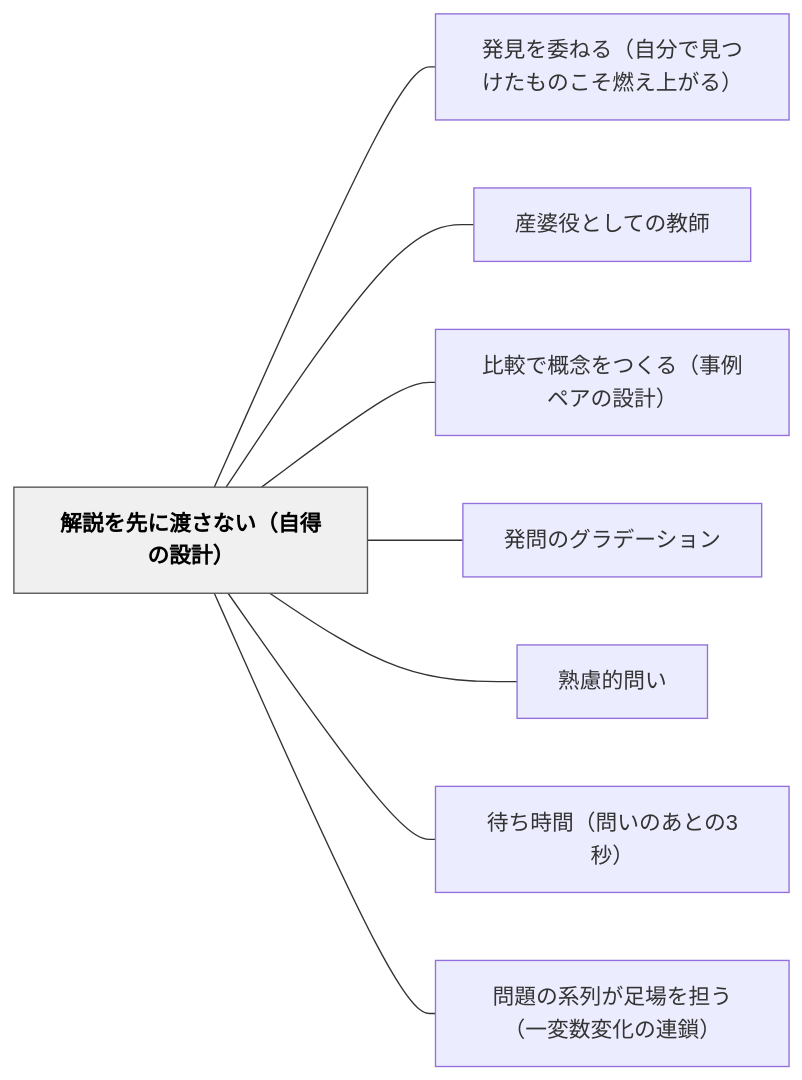
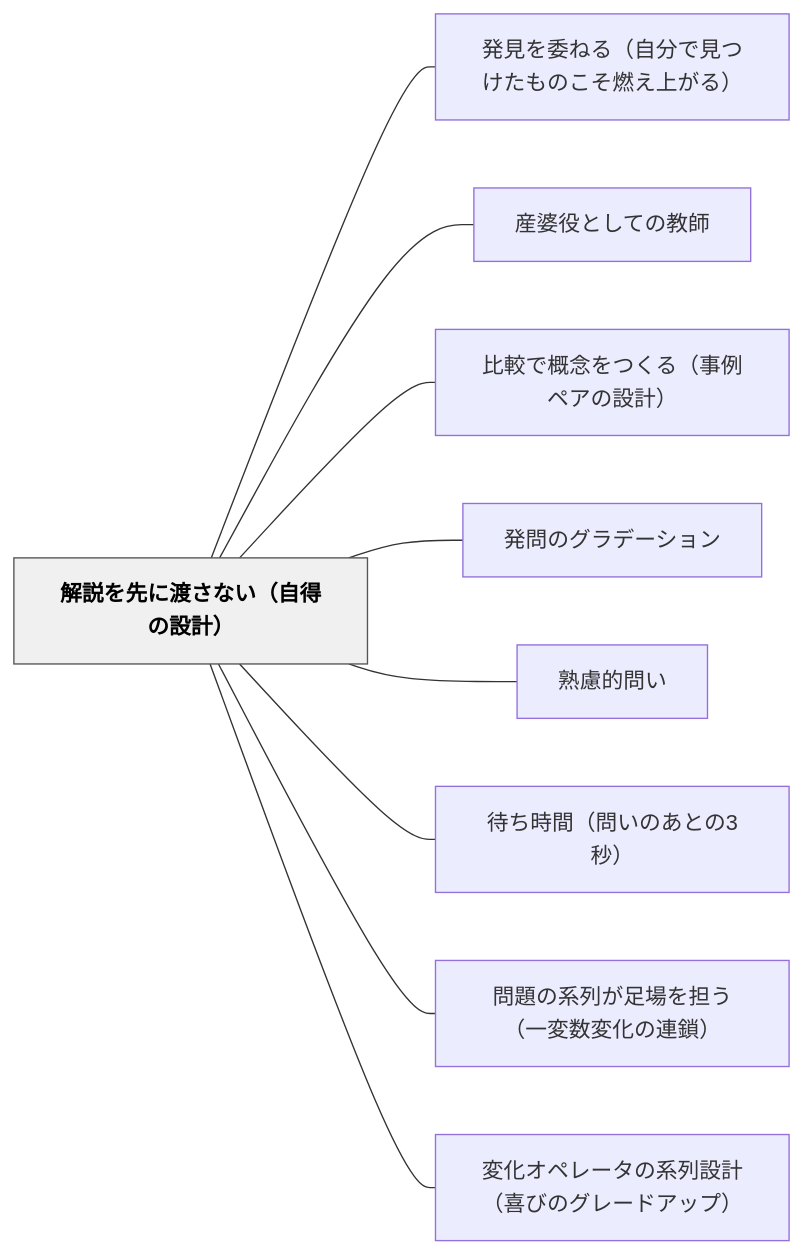
The diagram in content/パタン/解説を先に渡さない（自得の設計）.md (unknownthings-ed-patterns/unknownthings-ed-patterns), drawn with Mermaid before and after one commit. The commit also changed other lines of this file and 5 other files, not shown here.

````diff
--- a/content/パタン/解説を先に渡さない（自得の設計）.md
+++ b/content/パタン/解説を先に渡さない（自得の設計）.md
@@ -91,22 +92,24 @@
 ```mermaid
 flowchart LR
     ne8a7a3e8aaace38292e58588e381abe6b8a1e38195e381aae38184efbc88e887aae5be97e381aee8a8ade8a888efbc89["解説を先に渡さない（自得の設計）"]
     ne799bae8a68be38292e5a794e381ade3828befbc88e887aae58886e381a7e8a68be381a4e38191e3819fe38282e381aee38193e3819de78783e38188e4b88ae3818ce3828befbc89["発見を委ねる（自分で見つけたものこそ燃え上がる）"]
     ne794a3e5a986e5bdb9e381a8e38197e381a6e381aee69599e5b8ab["産婆役としての教師"]
     ne6af94e8bc83e381a7e6a682e5bfb5e38292e381a4e3818fe3828befbc88e4ba8be4be8be3839ae382a2e381aee8a8ade8a888efbc89["比較で概念をつくる（事例ペアの設計）"]
     ne799bae5958fe381aee382b0e383a9e38387e383bce382b7e383a7e383b3["発問のグラデーション"]
     ne7869fe685aee79a84e5958fe38184["熟慮的問い"]
     ne5be85e381a1e69982e99693efbc88e5958fe38184e381aee38182e381a8e381ae33e7a792efbc89["待ち時間（問いのあとの3秒）"]
     ne5958fe9a18ce381aee7b3bbe58897e3818ce8b6b3e5a0b4e38292e68b85e38186efbc88e4b880e5a489e695b0e5a489e58c96e381aee980a3e98e96efbc89["問題の系列が足場を担う（一変数変化の連鎖）"]
+    ne5a489e58c96e382aae3839ae383ace383bce382bfe381aee7b3bbe58897e8a8ade8a888efbc88e5969ce381b3e381aee382b0e383ace383bce38389e382a2e38383e38397efbc89["変化オペレータの系列設計（喜びのグレードアップ）"]
 
     ne8a7a3e8aaace38292e58588e381abe6b8a1e38195e381aae38184efbc88e887aae5be97e381aee8a8ade8a888efbc89 --- ne799bae8a68be38292e5a794e381ade3828befbc88e887aae58886e381a7e8a68be381a4e38191e3819fe38282e381aee38193e3819de78783e38188e4b88ae3818ce3828befbc89
     ne8a7a3e8aaace38292e58588e381abe6b8a1e38195e381aae38184efbc88e887aae5be97e381aee8a8ade8a888efbc89 --- ne794a3e5a986e5bdb9e381a8e38197e381a6e381aee69599e5b8ab
     ne8a7a3e8aaace38292e58588e381abe6b8a1e38195e381aae38184efbc88e887aae5be97e381aee8a8ade8a888efbc89 --- ne6af94e8bc83e381a7e6a682e5bfb5e38292e381a4e3818fe3828befbc88e4ba8be4be8be3839ae382a2e381aee8a8ade8a888efbc89
     ne8a7a3e8aaace38292e58588e381abe6b8a1e38195e381aae38184efbc88e887aae5be97e381aee8a8ade8a888efbc89 --- ne799bae5958fe381aee382b0e383a9e38387e383bce382b7e383a7e383b3
     ne8a7a3e8aaace38292e58588e381abe6b8a1e38195e381aae38184efbc88e887aae5be97e381aee8a8ade8a888efbc89 --- ne7869fe685aee79a84e5958fe38184
     ne8a7a3e8aaace38292e58588e381abe6b8a1e38195e381aae38184efbc88e887aae5be97e381aee8a8ade8a888efbc89 --- ne5be85e381a1e69982e99693efbc88e5958fe38184e381aee38182e381a8e381ae33e7a792efbc89
     ne8a7a3e8aaace38292e58588e381abe6b8a1e38195e381aae38184efbc88e887aae5be97e381aee8a8ade8a888efbc89 --- ne5958fe9a18ce381aee7b3bbe58897e3818ce8b6b3e5a0b4e38292e68b85e38186efbc88e4b880e5a489e695b0e5a489e58c96e381aee980a3e98e96efbc89
+    ne8a7a3e8aaace38292e58588e381abe6b8a1e38195e381aae38184efbc88e887aae5be97e381aee8a8ade8a888efbc89 --- ne5a489e58c96e382aae3839ae383ace383bce382bfe381aee7b3bbe58897e8a8ade8a888efbc88e5969ce381b3e381aee382b0e383ace383bce38389e382a2e38383e38397efbc89
 
     classDef hub fill:#f0f0f0,stroke:#555,color:#000,font-weight:bold
     class ne8a7a3e8aaace38292e58588e381abe6b8a1e38195e381aae38184efbc88e887aae5be97e381aee8a8ade8a888efbc89 hub
 ```
````
